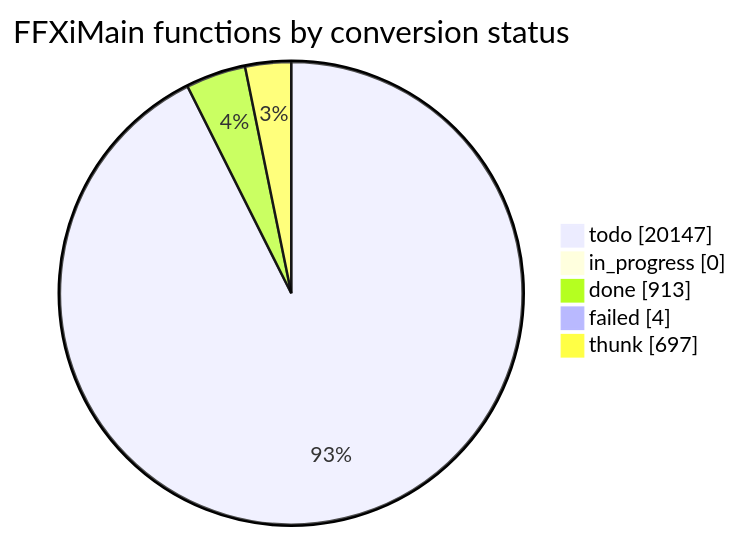
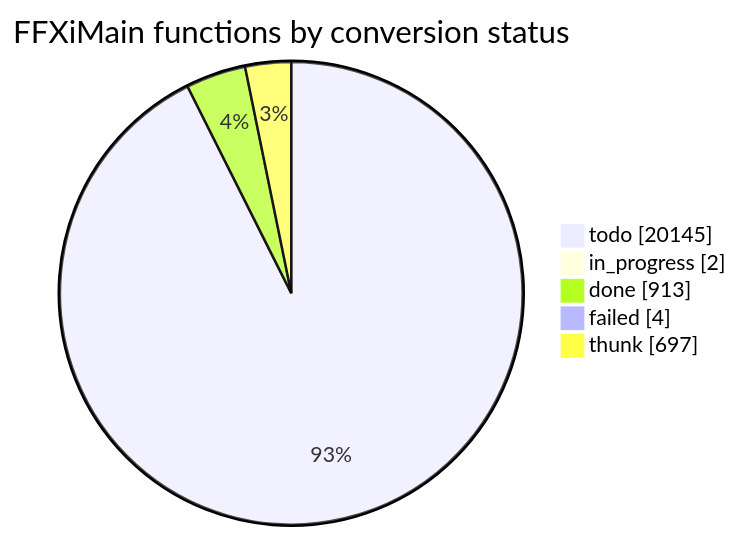
Before and after one commit to cowrevenge/cow_kuluu_xi_anything: the diagram in docs/cow/STATUS.md, drawn with Mermaid. The commit also changed other lines of this file and 7 other files, not shown here.

````diff
--- a/docs/cow/STATUS.md
+++ b/docs/cow/STATUS.md
@@ -18,9 +18,9 @@
 ```mermaid
 pie showData
     title FFXiMain functions by conversion status
-    "todo" : 20147
-    "in_progress" : 0
+    "todo" : 20145
+    "in_progress" : 2
     "done" : 913
     "failed" : 4
     "thunk" : 697
 ```
````
